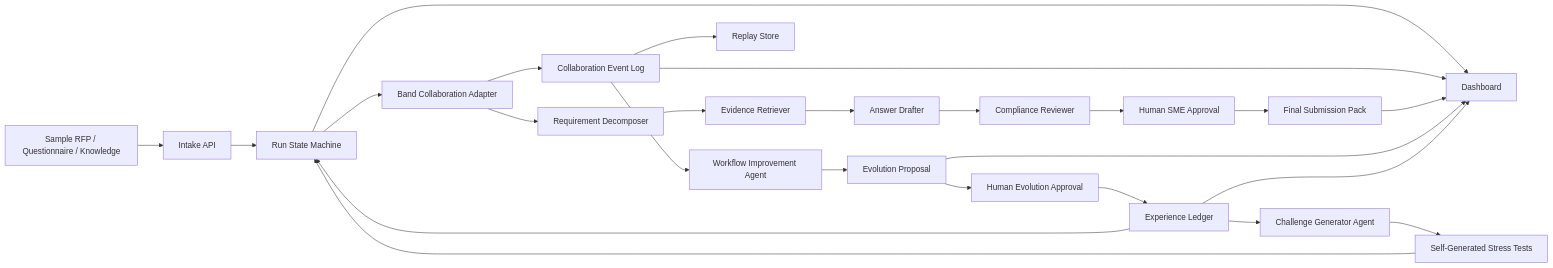
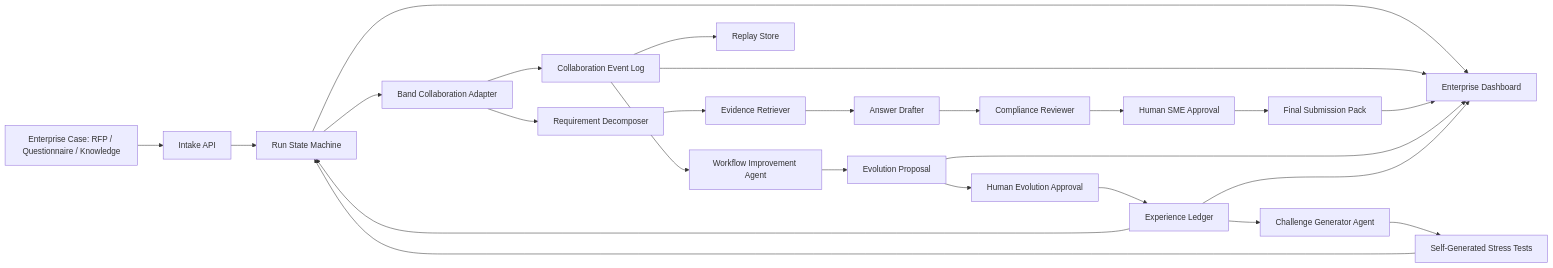
Before and after one commit to adjcjh777/band-of-agents-hackathon: the diagram in docs/superpowers/specs/2026-05-30-trustroom-governed-evolution-design.md, drawn with Mermaid. The commit also changed other lines of this file and 4 other files, not shown here.

````diff
--- a/docs/superpowers/specs/2026-05-30-trustroom-governed-evolution-design.md
+++ b/docs/superpowers/specs/2026-05-30-trustroom-governed-evolution-design.md
@@ -133,30 +170,30 @@
 ```mermaid
 flowchart LR
-  A["Sample RFP / Questionnaire / Knowledge"] --> B["Intake API"]
+  A["Enterprise Case: RFP / Questionnaire / Knowledge"] --> B["Intake API"]
   B --> C["Run State Machine"]
   C --> D["Band Collaboration Adapter"]
   D --> E["Requirement Decomposer"]
   E --> F["Evidence Retriever"]
   F --> G["Answer Drafter"]
   G --> H["Compliance Reviewer"]
   H --> I["Human SME Approval"]
   I --> J["Final Submission Pack"]
 
   D --> K["Collaboration Event Log"]
   K --> L["Replay Store"]
   K --> M["Workflow Improvement Agent"]
   M --> N["Evolution Proposal"]
   N --> O["Human Evolution Approval"]
   O --> P["Experience Ledger"]
   P --> C
 
   P --> Q["Challenge Generator Agent"]
   Q --> R["Self-Generated Stress Tests"]
   R --> C
 
-  C --> S["Dashboard"]
+  C --> S["Enterprise Dashboard"]
   K --> S
   J --> S
   N --> S
   P --> S
 ```
````
